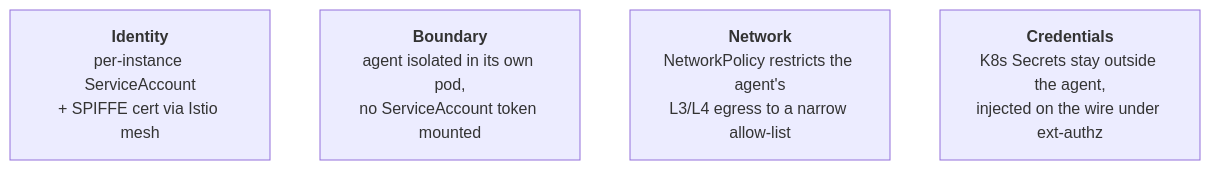
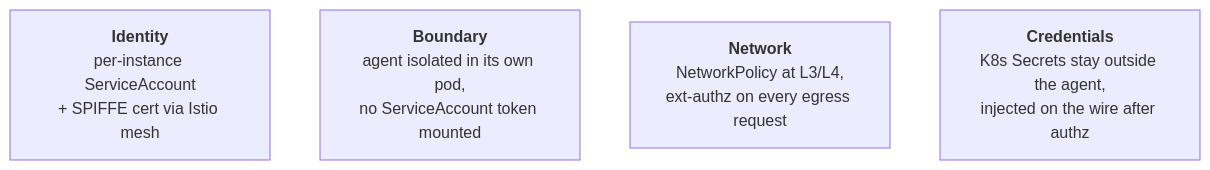
One commit to dam-agents/dam changed the first of 2 diagrams in docs/strategy/security-overview.md. Above: the diagram before and after it, drawn with Mermaid. The commit also changed other lines of this file, not shown here.

Commit message:
docs: correct ext-authz scope — gates all egress, not just credentialed

````diff
--- a/docs/strategy/security-overview.md
+++ b/docs/strategy/security-overview.md
@@ -15,8 +15,8 @@
 ```mermaid
 flowchart LR
   L1["<b>Identity</b><br/>per-instance ServiceAccount<br/>+ SPIFFE cert via Istio mesh"]
   L2["<b>Boundary</b><br/>agent isolated in its own pod,<br/>no ServiceAccount token mounted"]
-  L3["<b>Network</b><br/>NetworkPolicy restricts the agent's<br/>L3/L4 egress to a narrow allow-list"]
-  L4["<b>Credentials</b><br/>K8s Secrets stay outside the agent,<br/>injected on the wire under ext-authz"]
+  L3["<b>Network</b><br/>NetworkPolicy at L3/L4,<br/>ext-authz on every egress request"]
+  L4["<b>Credentials</b><br/>K8s Secrets stay outside the agent,<br/>injected on the wire after authz"]
   L1 ~~~ L2 ~~~ L3 ~~~ L4
 ```
````
